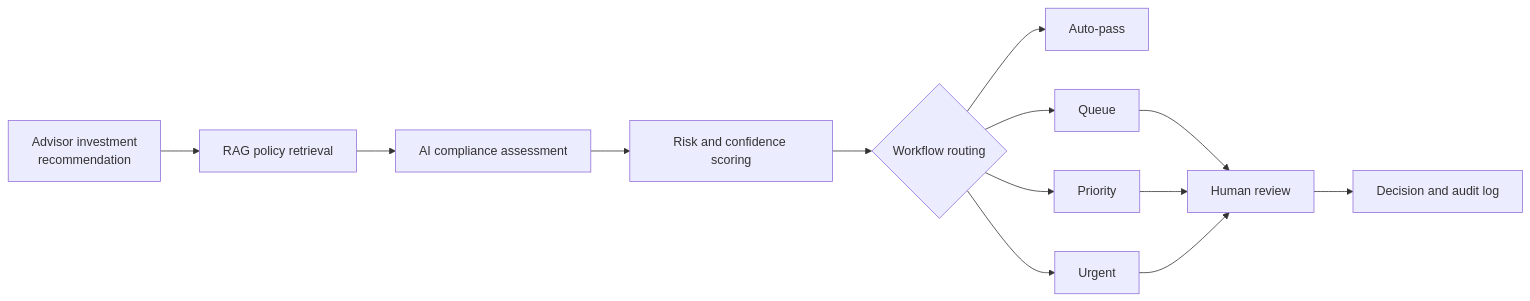
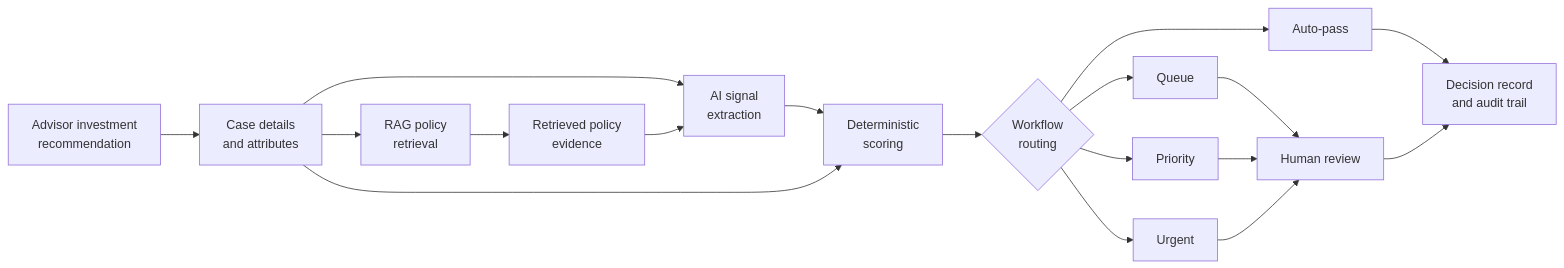
The diagram in README.md (jjchau/ai-compliance-copilot), drawn with Mermaid before and after one commit. The commit also changed other lines of this file and 77 other files, not shown here.

First line of the commit message:
S4-037-S4-040: Package evaluation, audit trail, trust analysis, and portfolio narrative

````diff
--- a/README.md
+++ b/README.md
@@ -13,19 +15,36 @@
 ```mermaid
 flowchart LR
-    A[Advisor investment 
+    A[Advisor investment
     recommendation]
-    --> B[RAG policy retrieval]
-    --> C[AI compliance assessment]
-    --> D[Risk and confidence scoring]
-    --> E{Workflow routing}
+    --> B[Case details
+    and attributes]
 
-    E --> F[Auto-pass]
-    E --> G[Queue]
-    E --> H[Priority]
-    E --> I[Urgent]
+    B --> C[RAG policy
+    retrieval]
+    C --> D[Retrieved policy
+    evidence]
 
-    G --> J[Human review]
-    H --> J
-    I --> J
-    J --> K[Decision and audit log]
+    B --> E[AI signal
+    extraction]
+    D --> E
+
+    E --> F[Deterministic
+    scoring]
+    B --> F
+
+    F --> G{Workflow
+    routing}
+
+    G --> H[Auto-pass]
+    G --> I[Queue]
+    G --> J[Priority]
+    G --> K[Urgent]
+
+    I --> L[Human review]
+    J --> L
+    K --> L
+
+    H --> M[Decision record
+    and audit trail]
+    L --> M
 ```
````
